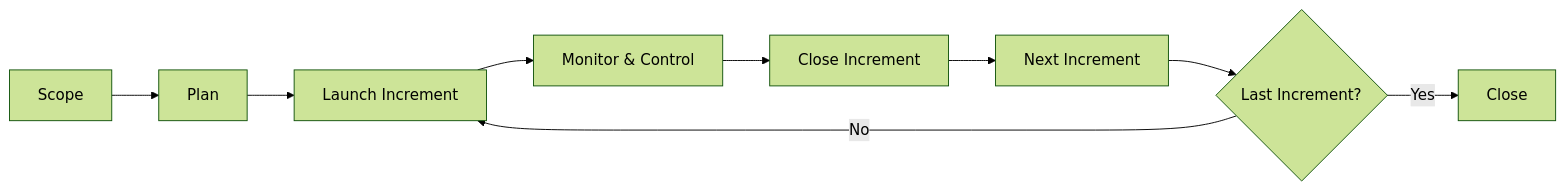
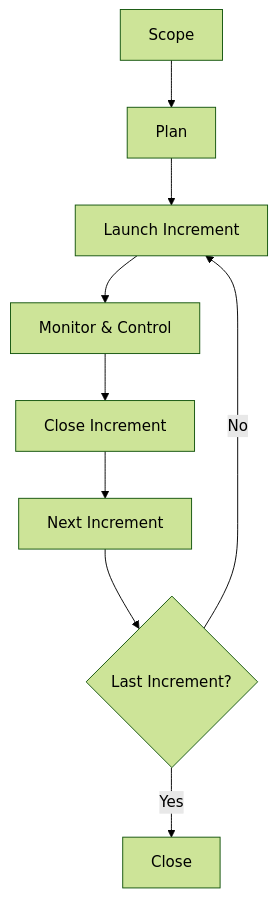
Before and after one commit to Oldranda1414/SP2PFL-ProjectManagement: the second of 2 diagrams in docs/scoping.md, drawn with Mermaid (forest theme). The commit also changed other lines of this file, not shown here.

Commit message:
set graphs to be topdown

````diff
--- a/docs/scoping.md
+++ b/docs/scoping.md
@@ -606,11 +606,11 @@
 ```mermaid
-flowchart LR
+flowchart
     A[Scope] --> B[Plan]
     B --> C[Launch Increment]
     C --> D[Monitor & Control]
     D --> E[Close Increment]
     E --> F[Next Increment]
     F --> G{Last Increment?}
     G -->|Yes| H[Close]
     G -->|No| C
 ```
````
